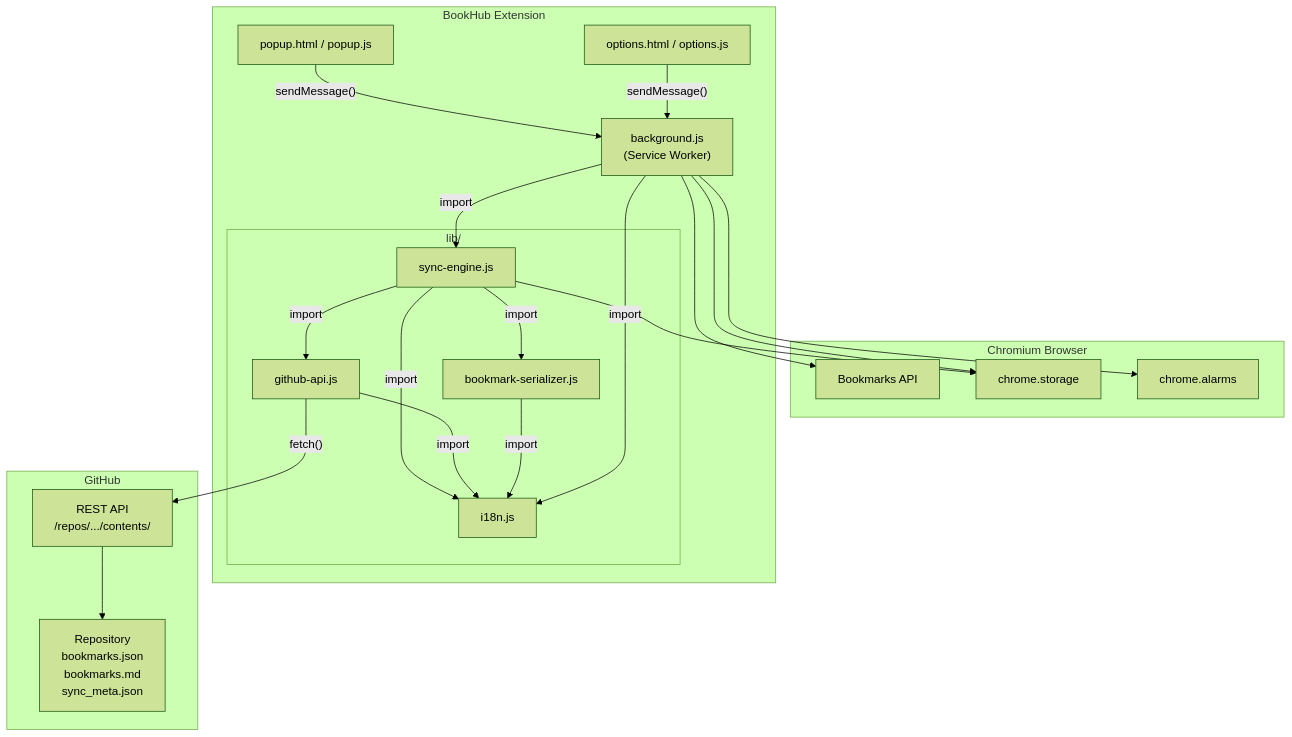
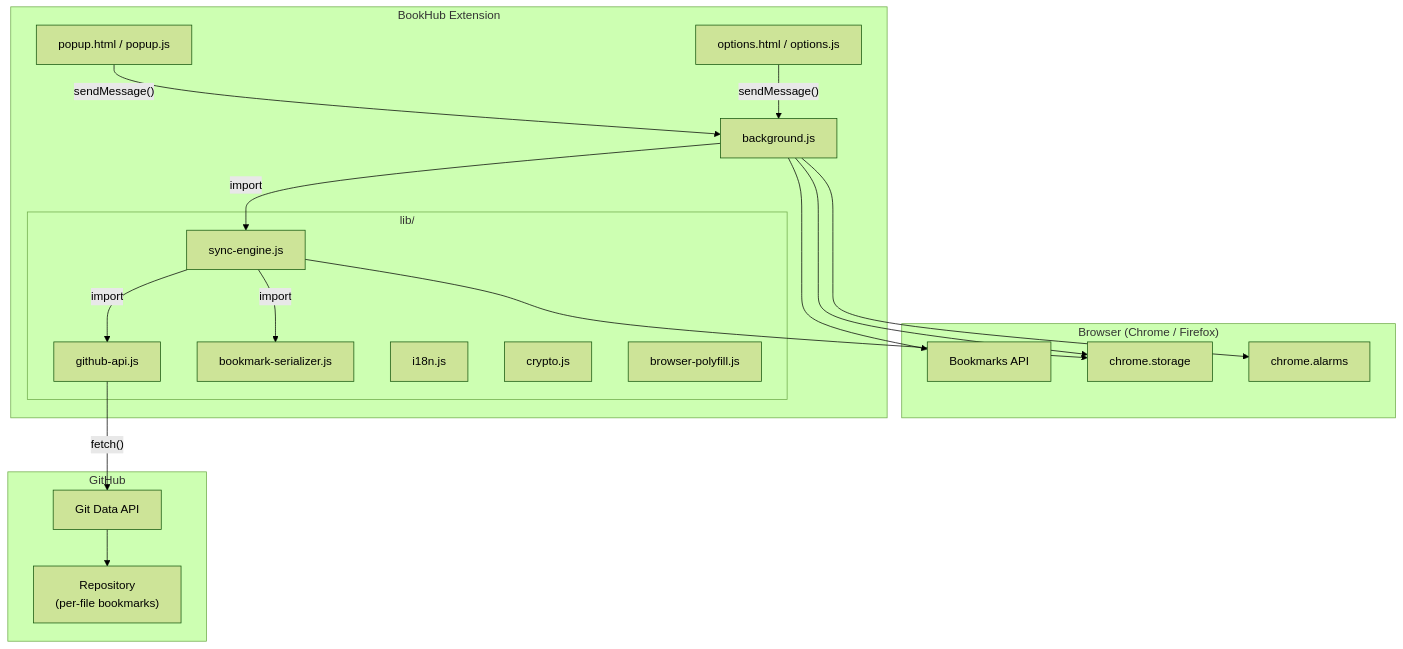
The diagram in docs/ARCHITECTURE.md (d0dg3r/BookHub), drawn with Mermaid (forest theme) before and after one commit. The commit also changed other lines of this file and 18 other files, not shown here.

````diff
--- a/docs/ARCHITECTURE.md
+++ b/docs/ARCHITECTURE.md
@@ -7,41 +7,39 @@
 ```mermaid
 flowchart TB
-    subgraph Browser["Chromium Browser"]
+    subgraph Browser["Browser (Chrome / Firefox)"]
         BM["Bookmarks API"]
         Storage["chrome.storage"]
         Alarms["chrome.alarms"]
     end
 
     subgraph Extension["BookHub Extension"]
-        BG["background.js\n(Service Worker)"]
+        BG["background.js"]
         Popup["popup.html / popup.js"]
         Options["options.html / options.js"]
         subgraph Lib["lib/"]
             SE["sync-engine.js"]
             GH["github-api.js"]
             BS["bookmark-serializer.js"]
             I18N["i18n.js"]
+            Crypto["crypto.js"]
+            Polyfill["browser-polyfill.js"]
         end
     end
 
     subgraph Remote["GitHub"]
-        API["REST API\n/repos/.../contents/"]
-        Repo["Repository\nbookmarks.json\nbookmarks.md\nsync_meta.json"]
+        GitAPI["Git Data API"]
+        Repo["Repository\n(per-file bookmarks)"]
     end
 
     Popup -- "sendMessage()" --> BG
     Options -- "sendMessage()" --> BG
     BG -- "import" --> SE
     SE -- "import" --> GH
     SE -- "import" --> BS
-    SE -- "import" --> I18N
-    GH -- "import" --> I18N
-    BS -- "import" --> I18N
-    BG -- "import" --> I18N
     BG --> BM
     BG --> Storage
     BG --> Alarms
     SE --> Storage
-    GH -- "fetch()" --> API
-    API --> Repo
+    GH -- "fetch()" --> GitAPI
+    GitAPI --> Repo
 ```
````
